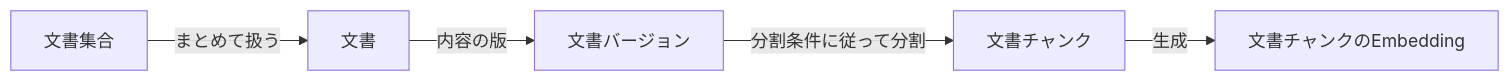
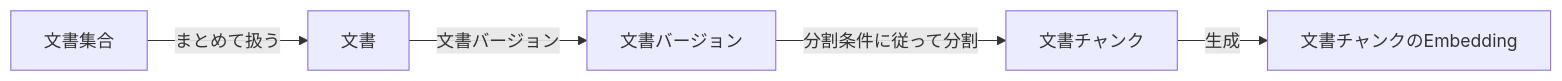
Before and after one commit to takashit16833/RAGScope: the second of 3 diagrams in project-docs/RAGScope用語集.md, drawn with Mermaid. The commit also changed other lines of this file and 10 other files, not shown here.

Commit message:
docs: use canonical document version terminology

````diff
--- a/project-docs/RAGScope用語集.md
+++ b/project-docs/RAGScope用語集.md
@@ -259,7 +259,7 @@
 ```mermaid
 flowchart LR
     Collection["文書集合"] -->|まとめて扱う| Document["文書"]
-    Document -->|内容の版| Version["文書バージョン"]
+    Document -->|文書バージョン| Version["文書バージョン"]
     Version -->|分割条件に従って分割| Chunk["文書チャンク"]
     Chunk -->|生成| Embedding["文書チャンクのEmbedding"]
 ```
````
